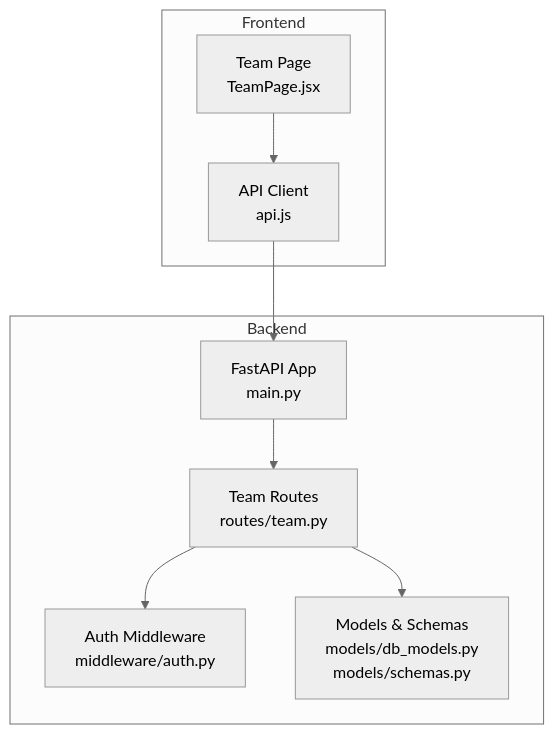
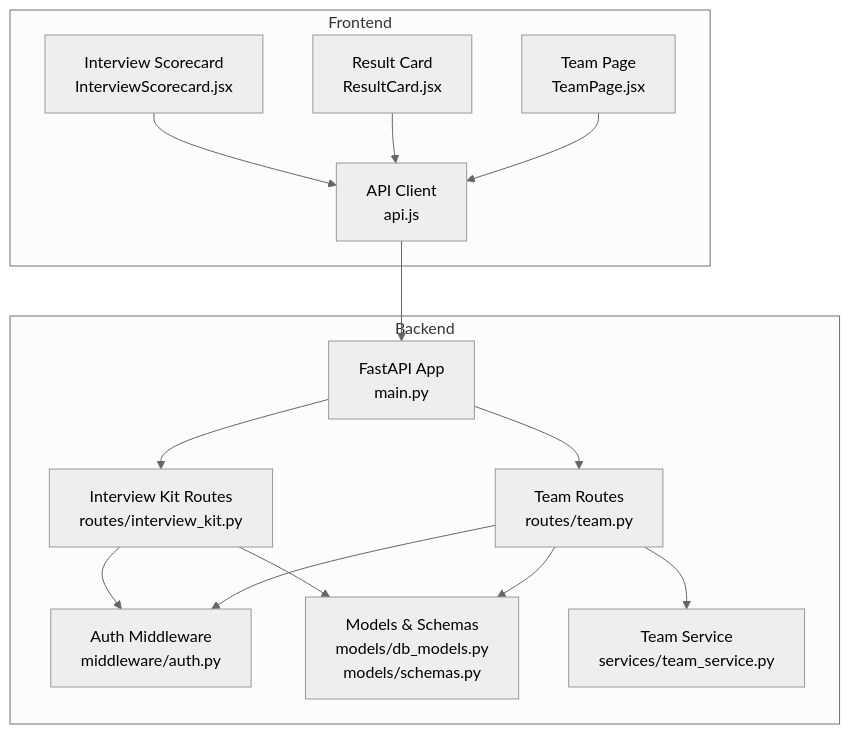
Before and after one commit to Revanththetalogics/aireume: the first of 9 diagrams in .qoder/repowiki/en/content/API Reference/Team & Collaboration.md, drawn with Mermaid (neutral theme). The commit also changed other lines of this file and 6 other files, not shown here.

````diff
--- a/.qoder/repowiki/en/content/API Reference/Team & Collaboration.md
+++ b/.qoder/repowiki/en/content/API Reference/Team & Collaboration.md
@@ -44,18 +61,28 @@
 ```mermaid
 graph TB
 subgraph "Backend"
 A["FastAPI App<br/>main.py"]
 B["Team Routes<br/>routes/team.py"]
-C["Auth Middleware<br/>middleware/auth.py"]
-D["Models & Schemas<br/>models/db_models.py<br/>models/schemas.py"]
+C["Interview Kit Routes<br/>routes/interview_kit.py"]
+D["Auth Middleware<br/>middleware/auth.py"]
+E["Models & Schemas<br/>models/db_models.py<br/>models/schemas.py"]
+F["Team Service<br/>services/team_service.py"]
 end
 subgraph "Frontend"
-E["Team Page<br/>TeamPage.jsx"]
-F["API Client<br/>api.js"]
+G["Team Page<br/>TeamPage.jsx"]
+H["Result Card<br/>ResultCard.jsx"]
+I["Interview Scorecard<br/>InterviewScorecard.jsx"]
+J["API Client<br/>api.js"]
 end
-E --> F
-F --> A
+G --> J
+H --> J
+I --> J
+J --> A
 A --> B
-B --> C
+A --> C
 B --> D
+C --> D
+B --> E
+C --> E
+B --> F
 ```
````
